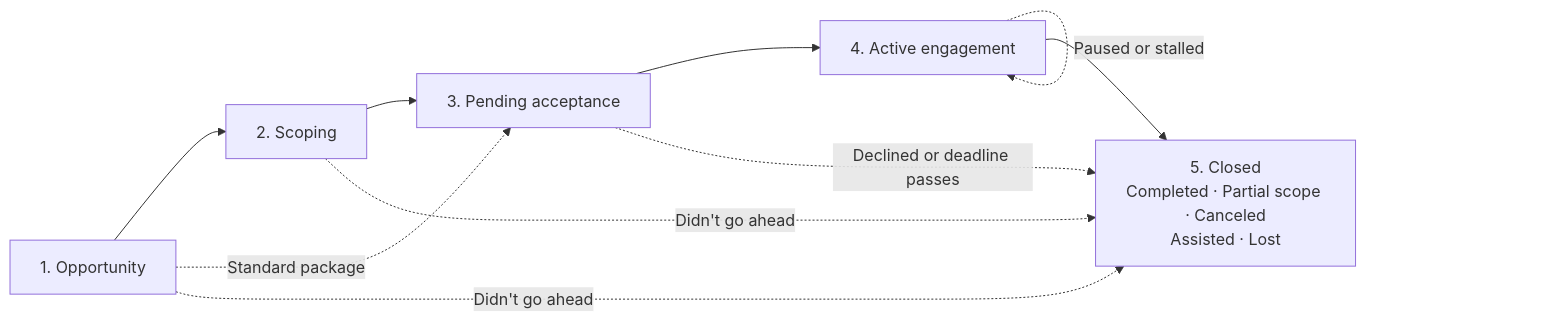
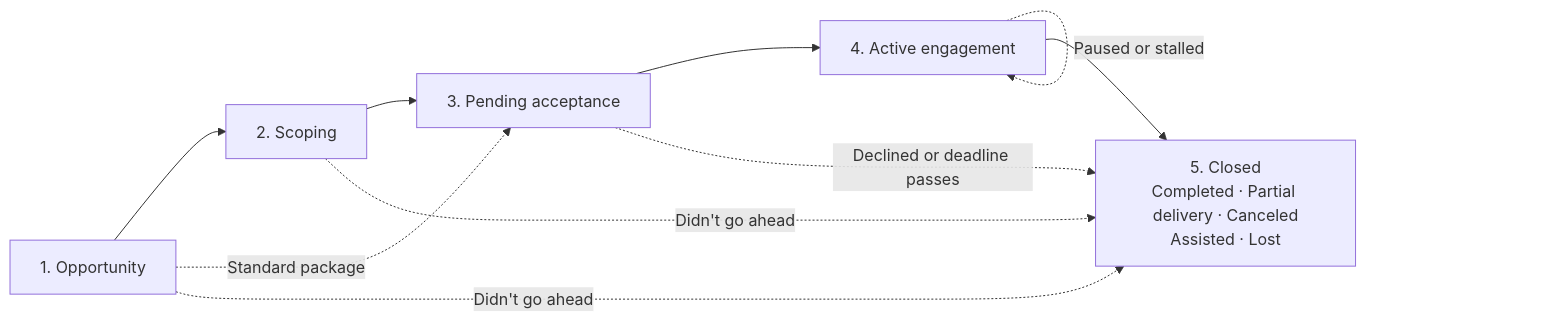
The diagram in contents/handbook/forward-deployed-engineering/fde-engagement-lifecycle.md (PostHog/posthog.com), drawn with Mermaid before and after one commit. The commit also changed other lines of this file, not shown here.

Commit message:
docs(fde): rename "partial scope" to "partial delivery"

````diff
--- a/contents/handbook/forward-deployed-engineering/fde-engagement-lifecycle.md
+++ b/contents/handbook/forward-deployed-engineering/fde-engagement-lifecycle.md
@@ -24,9 +24,9 @@
 ```mermaid
 flowchart LR
-    O["1. Opportunity"] --> S["2. Scoping"] --> P["3. Pending acceptance"] --> A["4. Active engagement"] --> C["5. Closed<br>Completed · Partial scope · Canceled<br>Assisted · Lost"]
+    O["1. Opportunity"] --> S["2. Scoping"] --> P["3. Pending acceptance"] --> A["4. Active engagement"] --> C["5. Closed<br>Completed · Partial delivery · Canceled<br>Assisted · Lost"]
     O -. "Standard package" .-> P
     A -. "Paused or stalled" .-> A
     O -. "Didn't go ahead" .-> C
     S -. "Didn't go ahead" .-> C
     P -. "Declined or deadline passes" .-> C
 ```
````
